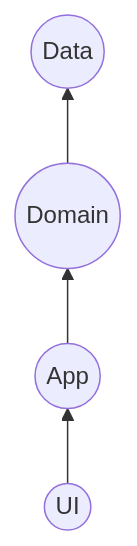
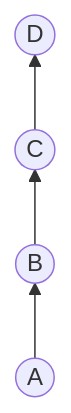
Before and after one commit to lukej57/writing: the tenth of 10 diagrams in src/app/docs/dependencies-in-the-abstract/page.md, drawn with Mermaid.

Commit message:
Keep layer-stack dots the same size
Longer hidden labels were still sizing the circles, so the four-hop stack looked uneven.

````diff
--- a/src/app/docs/dependencies-in-the-abstract/page.md
+++ b/src/app/docs/dependencies-in-the-abstract/page.md
@@ -204,6 +204,6 @@
 ```mermaid
 flowchart BT
-  UI((UI)) --> App((App))
-  App --> Domain((Domain))
-  Domain --> Data((Data))
+  A((A)) --> B((B))
+  B --> C((C))
+  C --> D((D))
 ```
````
